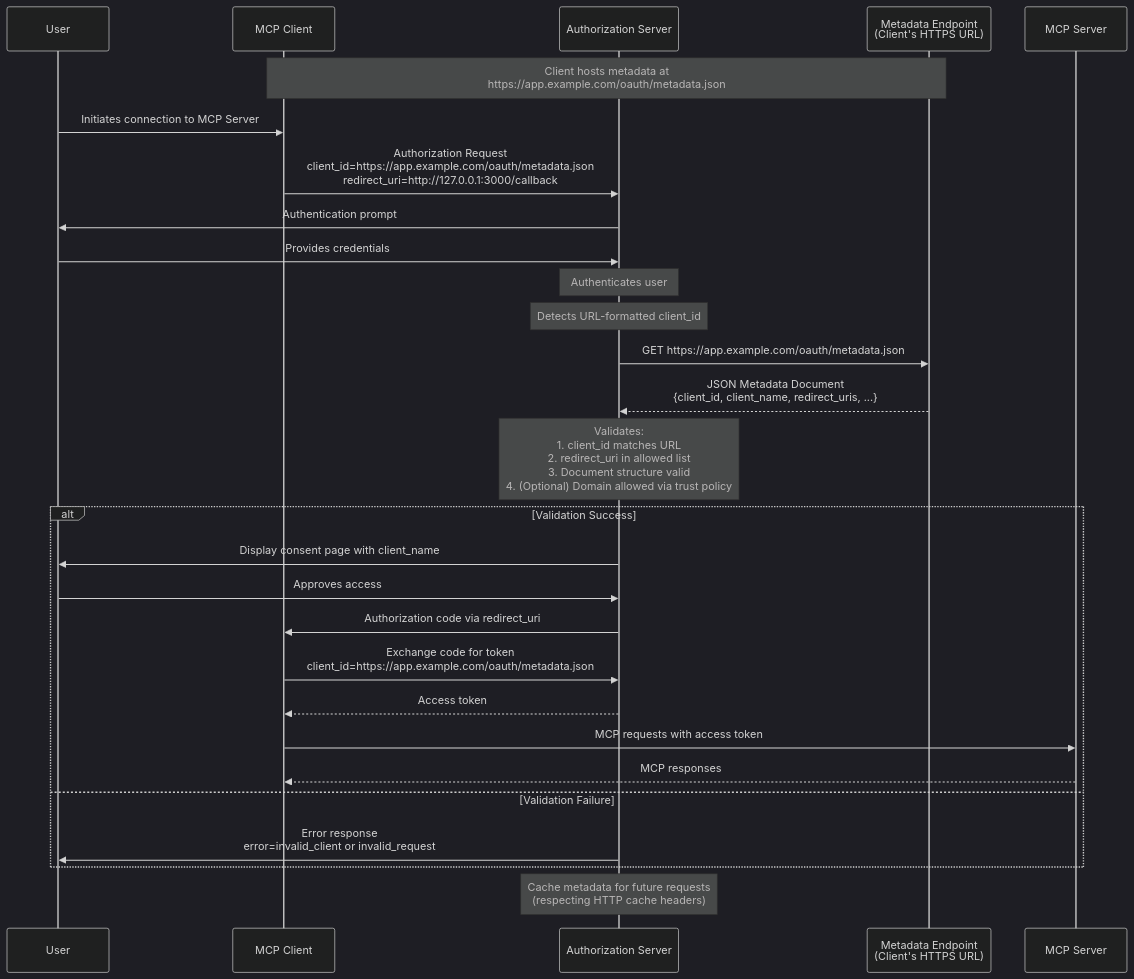
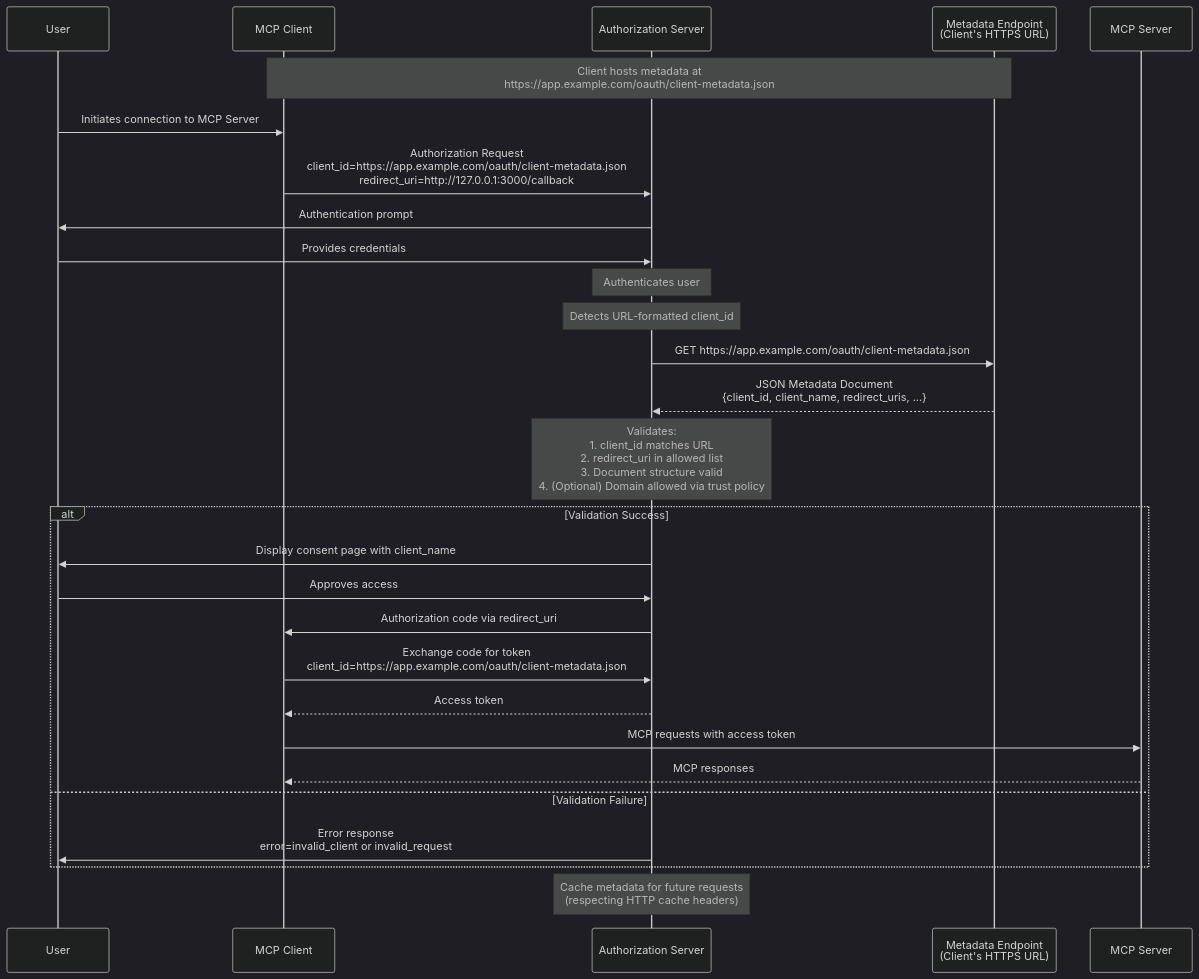
The diagram in docs/specification/draft/basic/authorization/client-registration.mdx (modelcontextprotocol/modelcontextprotocol), drawn with Mermaid (dark theme) before and after one commit. The commit also changed other lines of this file and 44 other files, not shown here.

````diff
--- a/docs/specification/draft/basic/authorization/client-registration.mdx
+++ b/docs/specification/draft/basic/authorization/client-registration.mdx
@@ -75,38 +75,38 @@
 ```mermaid
 sequenceDiagram
     participant User
     participant Client as MCP Client
     participant Server as Authorization Server
     participant Metadata as Metadata Endpoint<br/>(Client's HTTPS URL)
     participant Resource as MCP Server
 
-    Note over Client,Metadata: Client hosts metadata at<br/>https://app.example.com/oauth/metadata.json
+    Note over Client,Metadata: Client hosts metadata at<br/>https://app.example.com/oauth/client-metadata.json
 
     User->>Client: Initiates connection to MCP Server
-    Client->>Server: Authorization Request<br/>client_id=https://app.example.com/oauth/metadata.json<br/>redirect_uri=http://127.0.0.1:3000/callback
+    Client->>Server: Authorization Request<br/>client_id=https://app.example.com/oauth/client-metadata.json<br/>redirect_uri=http://127.0.0.1:3000/callback
 
     Server->>User: Authentication prompt
     User->>Server: Provides credentials
     Note over Server: Authenticates user
 
     Note over Server: Detects URL-formatted client_id
 
-    Server->>Metadata: GET https://app.example.com/oauth/metadata.json
+    Server->>Metadata: GET https://app.example.com/oauth/client-metadata.json
     Metadata-->>Server: JSON Metadata Document<br/>{client_id, client_name, redirect_uris, ...}
 
     Note over Server: Validates:<br/>1. client_id matches URL<br/>2. redirect_uri in allowed list<br/>3. Document structure valid<br/>4. (Optional) Domain allowed via trust policy
 
     alt Validation Success
         Server->>User: Display consent page with client_name
         User->>Server: Approves access
         Server->>Client: Authorization code via redirect_uri
-        Client->>Server: Exchange code for token<br/>client_id=https://app.example.com/oauth/metadata.json
+        Client->>Server: Exchange code for token<br/>client_id=https://app.example.com/oauth/client-metadata.json
         Server-->>Client: Access token
         Client->>Resource: MCP requests with access token
         Resource-->>Client: MCP responses
     else Validation Failure
         Server->>User: Error response<br/>error=invalid_client or invalid_request
     end
 
     Note over Server: Cache metadata for future requests<br/>(respecting HTTP cache headers)
 ```
````
